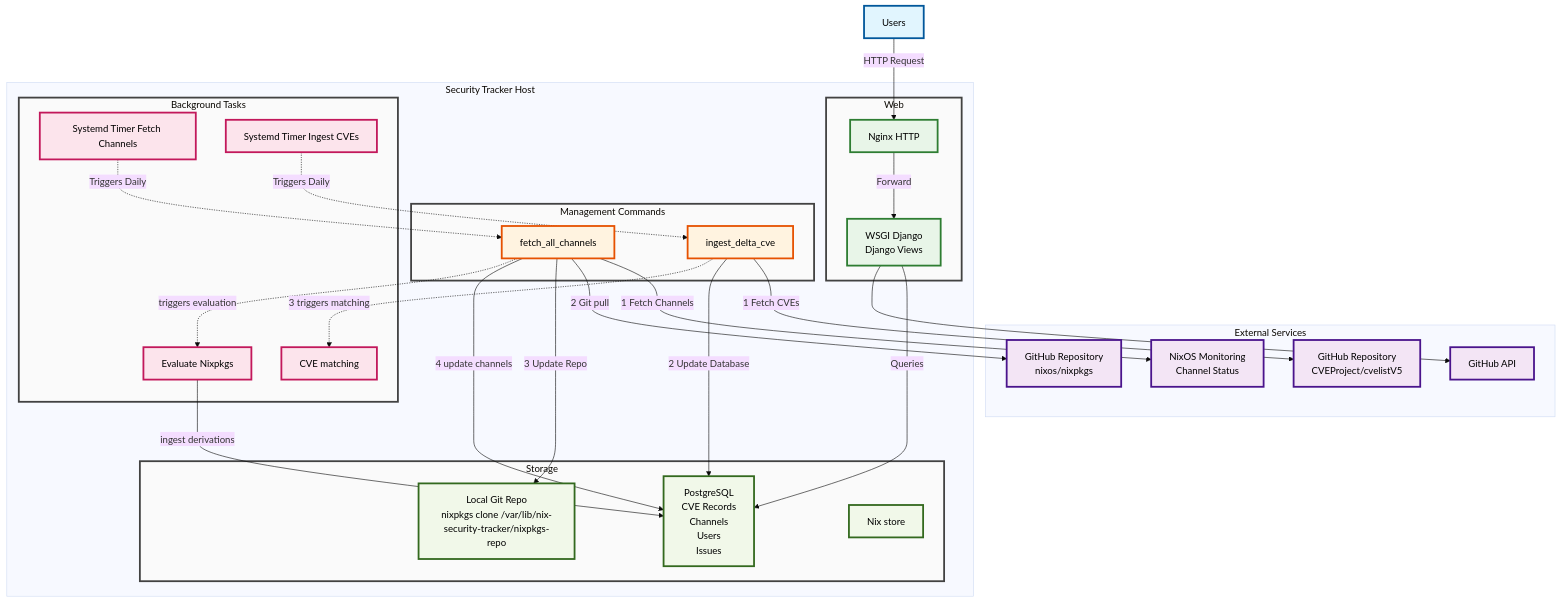
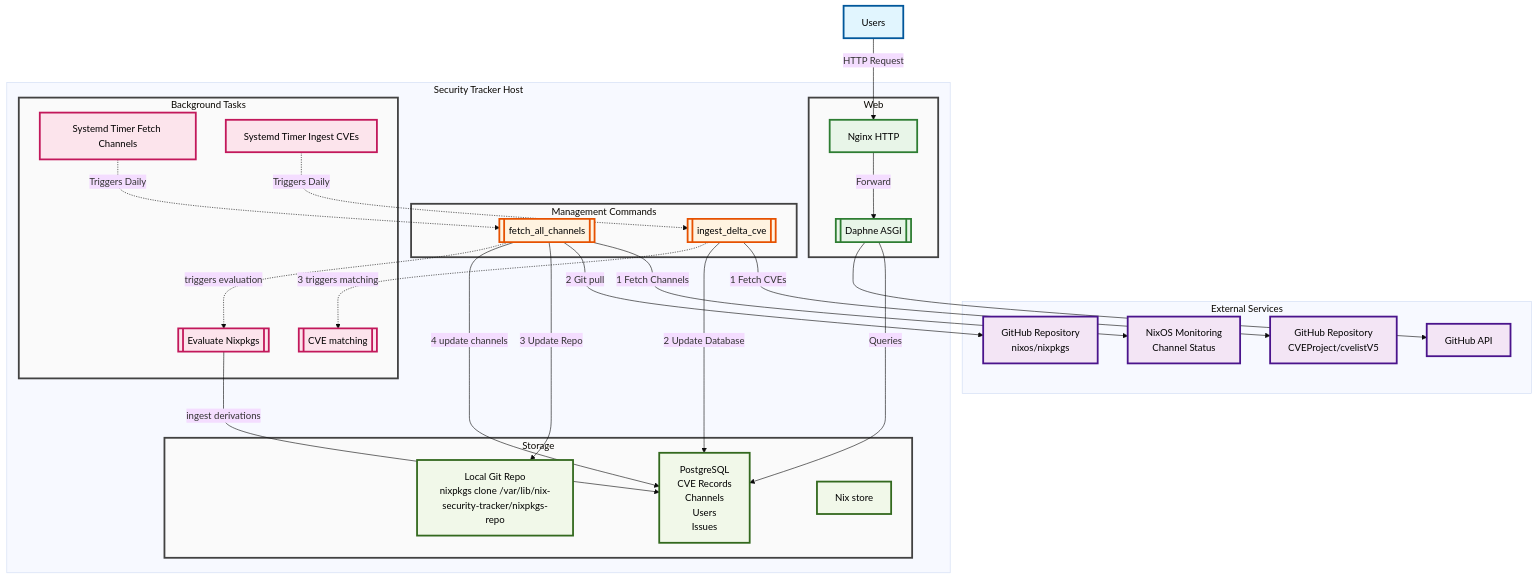
The diagram in docs/architecture.mermaid (DarshanCode2005/nix-security-tracker), drawn with Mermaid (base theme) before and after one commit.

Commit message:
Replace click directives with href using relative paths

```diff
--- a/docs/architecture.mermaid
+++ b/docs/architecture.mermaid
@@ -1,75 +1,75 @@
 graph TB
     Users["Users"]
 
     subgraph External["External Services"]
         GitHub["GitHub API"]
         GitHubNixos["GitHub Repository<br/>nixos/nixpkgs"]
         GitHubCVEs["GitHub Repository<br/>CVEProject/cvelistV5"]
         NixMonitoring["NixOS Monitoring<br/>Channel Status"]
     end
 
     subgraph SecurityTracker ["Security Tracker Host"]
 	  subgraph Web["Web"]
 		  Nginx["Nginx HTTP"]
 		  WSGI["WSGI Django<br/>Django Views"]
 	  end
 
 	  subgraph ManageCommands["Management Commands"]
 		  FetchAllChannels["fetch_all_channels"]
 		  IngestCVEs["ingest_delta_cve"]
 	  end
 
 	  subgraph Background["Background Tasks"]
 		  SystemdTimerChannels["Systemd Timer Fetch Channels"]
 		  SystemdTimerCVEs["Systemd Timer Ingest CVEs"]
           NixEval["Evaluate Nixpkgs"]
           MatchingListener["CVE matching"]
 	  end
 
 	  subgraph Storage["Storage"]
 		  PostgreSQL["PostgreSQL<br/>CVE Records<br/>Channels<br/>Users<br/>Issues"]
 		  LocalGitCheckout["Local Git Repo<br/>nixpkgs clone /var/lib/nix-security-tracker/nixpkgs-repo"]
 		  NixStore["Nix store"]
 	  end
 
     end
 
 	%% User interactions
 	Users -->|HTTP Request| Nginx -->|Forward| WSGI -->|Queries| PostgreSQL
     WSGI --> GitHub
 
     %% Timers
     SystemdTimerChannels -.->|Triggers Daily| FetchAllChannels
     FetchAllChannels -->|1 Fetch Channels| NixMonitoring
     FetchAllChannels -->|2 Git pull| GitHubNixos
     FetchAllChannels -->|3 Update Repo| LocalGitCheckout
     FetchAllChannels -->|4 update channels| PostgreSQL
     FetchAllChannels -.->|triggers evaluation| NixEval
     NixEval -->|ingest derivations| PostgreSQL
 
     SystemdTimerCVEs -.->|Triggers Daily| IngestCVEs
     IngestCVEs -->|1 Fetch CVEs| GitHubCVEs
     IngestCVEs -->|2 Update Database| PostgreSQL
     IngestCVEs -.->|3 triggers matching| MatchingListener
 
   classDef userClass fill:#e1f5fe,stroke:#01579b,stroke-width:3px,color:#000
     classDef externalClass fill:#f3e5f5,stroke:#4a148c,stroke-width:3px,color:#000
     classDef webClass fill:#e8f5e8,stroke:#2e7d32,stroke-width:3px,color:#000
     classDef commandClass fill:#fff3e0,stroke:#e65100,stroke-width:3px,color:#000
     classDef backgroundClass fill:#fce4ec,stroke:#c2185b,stroke-width:3px,color:#000
     classDef storageClass fill:#f1f8e9,stroke:#33691e,stroke-width:3px,color:#000
     classDef subgraphClass fill:#fafafa,stroke:#424242,stroke-width:3px
 
     class Users userClass
     class GitHub,GitHubNixos,GitHubCVEs,NixMonitoring externalClass
     class Nginx,WSGI webClass
     class FetchAllChannels,IngestCVEs commandClass
     class SystemdTimerChannels,SystemdTimerCVEs,NixEval,MatchingListener backgroundClass
     class PostgreSQL,LocalGitCheckout,NixStore storageClass
     class Storage,Background,ManageCommands,Web subgraphClass
 
-    click FetchAllChannels "../src/shared/management/commands/fetch_all_channels.py" "fetch_all_channels"
-    click IngestCVEs "../src/shared/management/commands/ingest_delta_cve.py" "ingest_delta_cve"
-    click NixEval "../src/shared/listeners/nix_evaluation.py" "Evaluate Nixpkgs"
-    click MatchingListener "../src/shared/listeners/automatic_linkage.py" "CVE matching"
-    click WSGI "../src/project/asgi.py" "Daphne ASGI"
+    FetchAllChannels@{ shape: subproc, label: "fetch_all_channels", href: "../src/shared/management/commands/fetch_all_channels.py" }
+    IngestCVEs@{ shape: subproc, label: "ingest_delta_cve", href: "../src/shared/management/commands/ingest_delta_cve.py" }
+    NixEval@{ shape: subproc, label: "Evaluate Nixpkgs", href: "../src/shared/listeners/nix_evaluation.py" }
+    MatchingListener@{ shape: subproc, label: "CVE matching", href: "../src/shared/listeners/automatic_linkage.py" }
+    WSGI@{ shape: subproc, label: "Daphne ASGI", href: "../src/project/asgi.py" }
```
